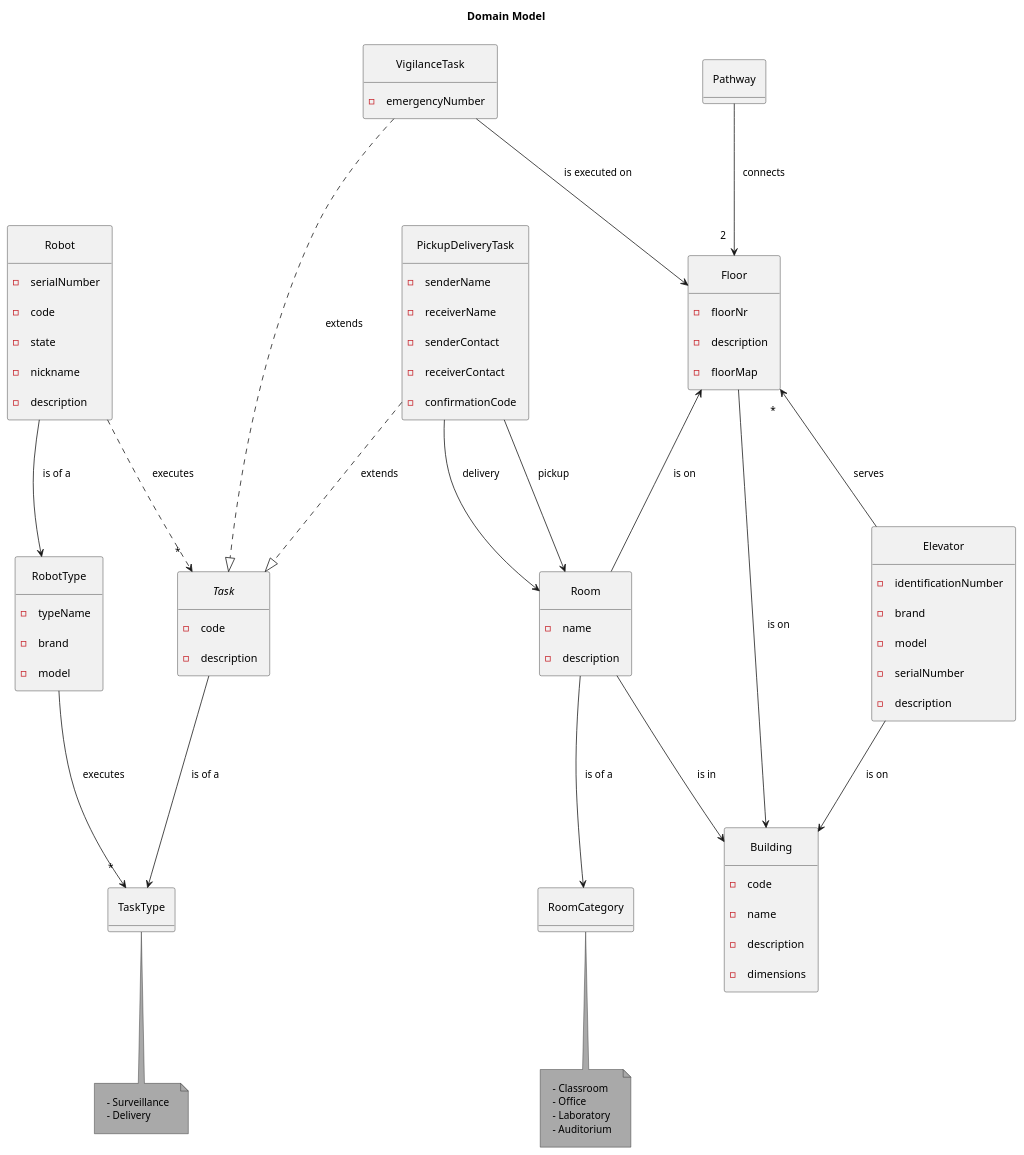
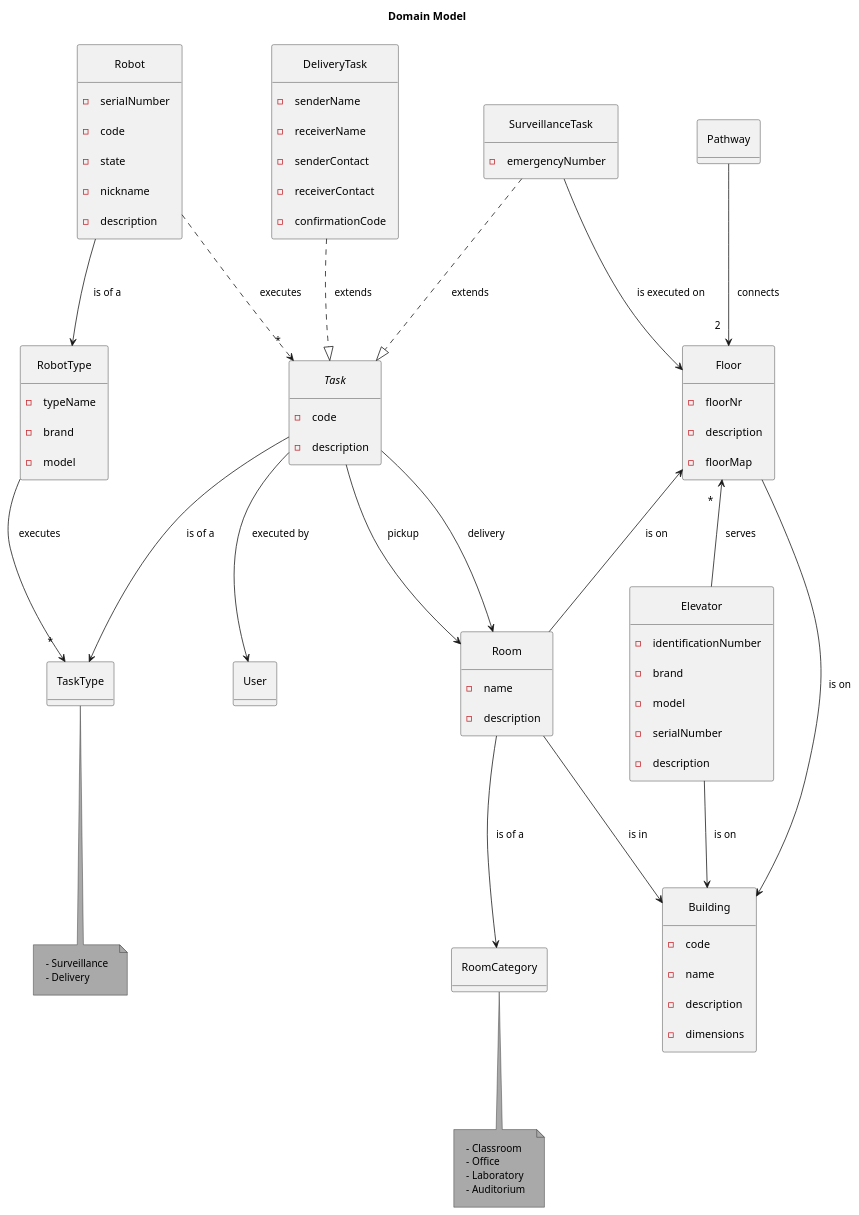
One commit to rpeir/LAPR5 changed the diagram in wiki/diagramas/domainModel/domainModel.puml. Above: the diagram before and after it, drawn with PlantUML. The commit also changed 4 other files, not shown here.

```diff
--- a/wiki/diagramas/domainModel/domainModel.puml
+++ b/wiki/diagramas/domainModel/domainModel.puml
@@ -1,125 +1,126 @@
 @startuml Domain Model
 
 title "Domain Model"
 ' left to right direction
 ' top to bottom direction
 skinparam Padding 10
 skinparam Nodesep 80
 skinparam ranksep 100
 skinparam groupInheritance 1
 ' skinparam linetype ortho
 skinparam separation 1000
 skinparam NoteBackgroundColor #A9A9A9
 skinparam PackageStyle rectangle
 skinparam package {
     BackgroundColor #D3D3D3
     FontStyle bold
 }
 
 hide circle
 hide methods
 
     entity Robot {
         -serialNumber
         -code
         -state
         -nickname
         -description
     }
 
     entity RobotType {
         - typeName
         - brand
         - model
     }
 
     enum TaskType {}
     note bottom of TaskType {
             - Surveillance
             - Delivery
     }
 
     interface Task {
         - code
         - description
 
     }
 
-    entity VigilanceTask {
+    entity SurveillanceTask {
         - emergencyNumber
     }
 
-    entity PickupDeliveryTask {
+    entity DeliveryTask {
         - senderName
         - receiverName
         - senderContact
         - receiverContact
         - confirmationCode
     }
 
     entity Building {
         - code
         - name
         - description
         - dimensions
     }
 
     entity Floor {
         - floorNr
         - description
         - floorMap
     }
 
     entity Elevator {
         - identificationNumber
         - brand
         - model
         - serialNumber
         - description
     }
 
     entity Room {
         - name
         - description
     }
 
     enum RoomCategory {}
 
     note bottom of RoomCategory {
             - Classroom
             - Office
             - Laboratory
             - Auditorium
     }
 
     entity Pathway {
     }
 
-VigilanceTask ..|> Task: extends
-PickupDeliveryTask ..|> Task: extends
+SurveillanceTask ..|> Task: extends
+DeliveryTask ..|> Task: extends
 
 Room --> RoomCategory: is of a
 Room --> Building : is in
 
 RobotType --> "*" TaskType: executes
 
 Floor --> Building: is on
 Floor "*" <-- Elevator : serves
 Floor <-- Room: is on
 
 Elevator --> Building: is on
 
-PickupDeliveryTask --> Room: delivery
-PickupDeliveryTask --> Room: pickup
+Task --> Room: delivery
+Task --> Room: pickup
+Task --> User : executed by
 
-VigilanceTask --> Floor: is executed on
+SurveillanceTask --> Floor: is executed on
 
 Pathway --> "2" Floor: connects
 
 Robot --> RobotType : is of a
 
 Task --> TaskType : is of a
 
 Robot ..> "*" Task : executes
 
 @enduml
```
